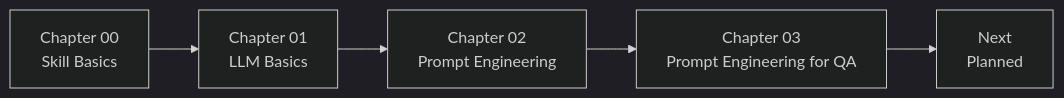
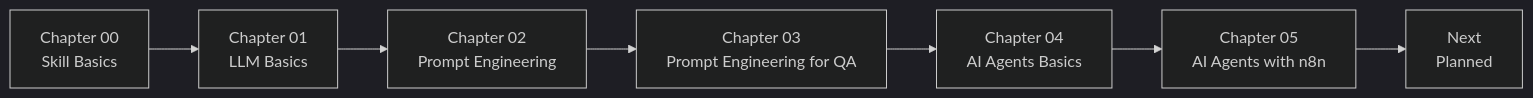
The first of 9 diagrams in README.md (SathishQASelenium/AITesterBlueprint5x), drawn with Mermaid (dark theme) before and after one commit. The commit also changed other lines of this file and 41 other files, not shown here.

````diff
--- a/README.md
+++ b/README.md
@@ -9,7 +9,9 @@
 ```mermaid
 flowchart LR
     A["Chapter 00<br/>Skill Basics"] --> B["Chapter 01<br/>LLM Basics"]
     B --> C["Chapter 02<br/>Prompt Engineering"]
     C --> D["Chapter 03<br/>Prompt Engineering for QA"]
-    D --> E["Next<br/>Planned"]
+    D --> E["Chapter 04<br/>AI Agents Basics"]
+    E --> F["Chapter 05<br/>AI Agents with n8n"]
+    F --> G["Next<br/>Planned"]
 ```
````
